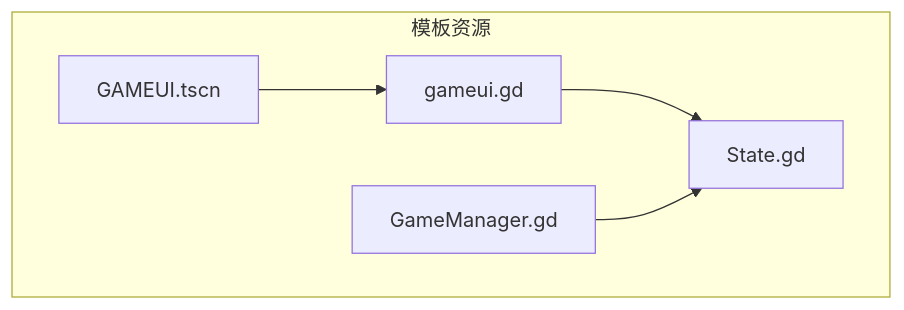
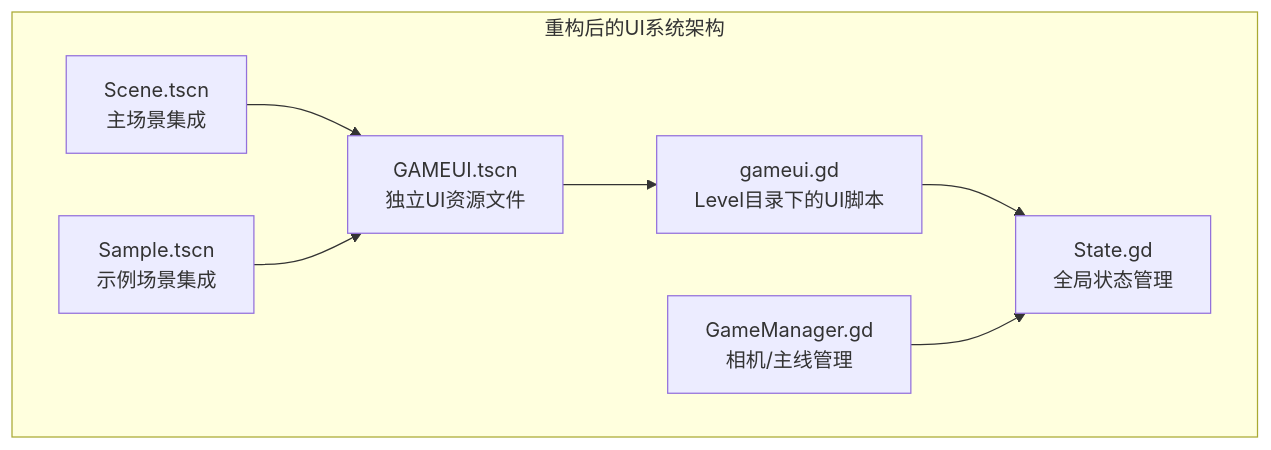
One commit to godotline/godot-line changed the first of 5 diagrams in .qoder/repowiki/zh/content/游戏系统/用户界面系统.md. Above: the diagram before and after it, drawn with Mermaid. The commit also changed other lines of this file and 17 other files, not shown here.

````diff
--- a/.qoder/repowiki/zh/content/游戏系统/用户界面系统.md
+++ b/.qoder/repowiki/zh/content/游戏系统/用户界面系统.md
@@ -43,12 +46,16 @@
 ```mermaid
 graph TB
-subgraph "模板资源"
-SCN["GAMEUI.tscn"]
-SCRIPT["gameui.gd"]
-STATE["State.gd"]
-GM["GameManager.gd"]
+subgraph "重构后的UI系统架构"
+RESOURCE["GAMEUI.tscn<br/>独立UI资源文件"]
+SCRIPT["gameui.gd<br/>Level目录下的UI脚本"]
+SCENE1["Scene.tscn<br/>主场景集成"]
+SCENE2["Sample.tscn<br/>示例场景集成"]
+STATE["State.gd<br/>全局状态管理"]
+GM["GameManager.gd<br/>相机/主线管理"]
 end
-SCN --> SCRIPT
+RESOURCE --> SCRIPT
+SCENE1 --> RESOURCE
+SCENE2 --> RESOURCE
 SCRIPT --> STATE
 GM --> STATE
 ```
````
